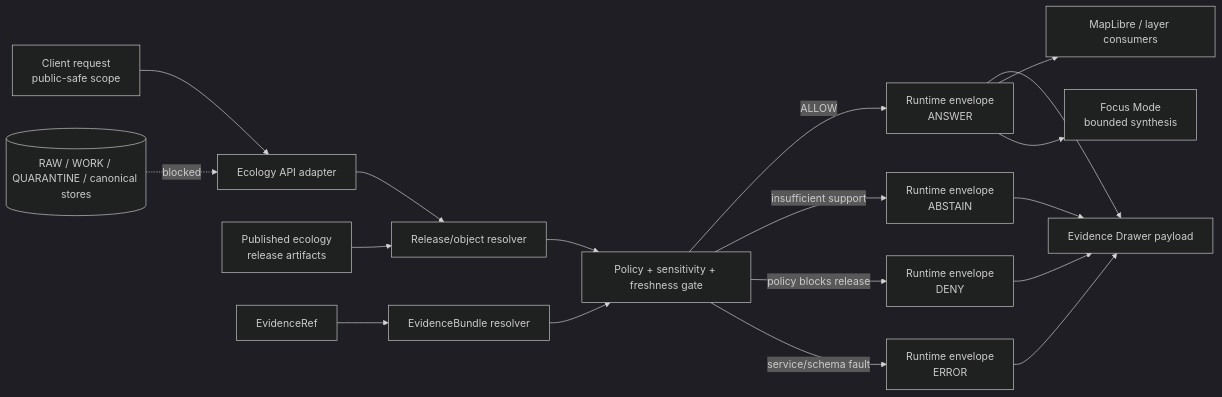
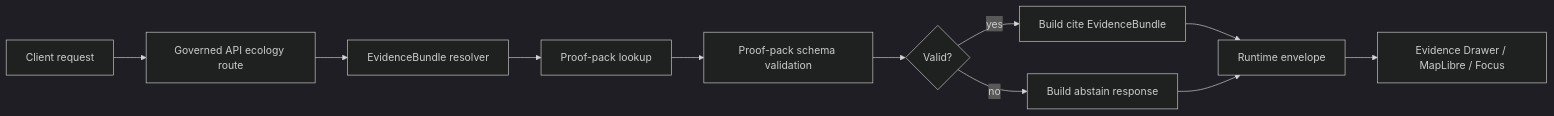
The diagram in apps/governed-api/ecology/README.md (bartytime4life/Kansas-Frontier-Matrix), drawn with Mermaid (dark theme) before and after one commit. The commit also changed other lines of this file, not shown here.

First line of the commit message:
Revise README for Governed API Ecology EvidenceBundles

````diff
--- a/apps/governed-api/ecology/README.md
+++ b/apps/governed-api/ecology/README.md
@@ -243,27 +288,13 @@
 ```mermaid
 flowchart LR
-    request[Client request<br/>public-safe scope] --> api[Ecology API adapter]
-
-    release[Published ecology<br/>release artifacts] --> resolver[Release/object resolver]
-    evidenceRef[EvidenceRef] --> evidence[EvidenceBundle resolver]
-
-    api --> resolver
-    resolver --> gate[Policy + sensitivity + freshness gate]
-    evidence --> gate
-
-    gate -->|ALLOW| answer[Runtime envelope<br/>ANSWER]
-    gate -->|insufficient support| abstain[Runtime envelope<br/>ABSTAIN]
-    gate -->|policy blocks release| deny[Runtime envelope<br/>DENY]
-    gate -->|service/schema fault| error[Runtime envelope<br/>ERROR]
-
-    answer --> drawer[Evidence Drawer payload]
-    answer --> map[MapLibre / layer consumers]
-    answer --> focus[Focus Mode<br/>bounded synthesis]
-
-    abstain --> drawer
-    deny --> drawer
-    error --> drawer
-
-    raw[(RAW / WORK / QUARANTINE / canonical stores)]
-    raw -. blocked .-> api
+  A[Client request] --> B[Governed API ecology route]
+  B --> C[EvidenceBundle resolver]
+  C --> D[Proof-pack lookup]
+  D --> E[Proof-pack schema validation]
+  E --> F{Valid?}
+  F -->|yes| G[Build cite EvidenceBundle]
+  F -->|no| H[Build abstain response]
+  G --> I[Runtime envelope]
+  H --> I
+  I --> J[Evidence Drawer / MapLibre / Focus]
 ```
````
